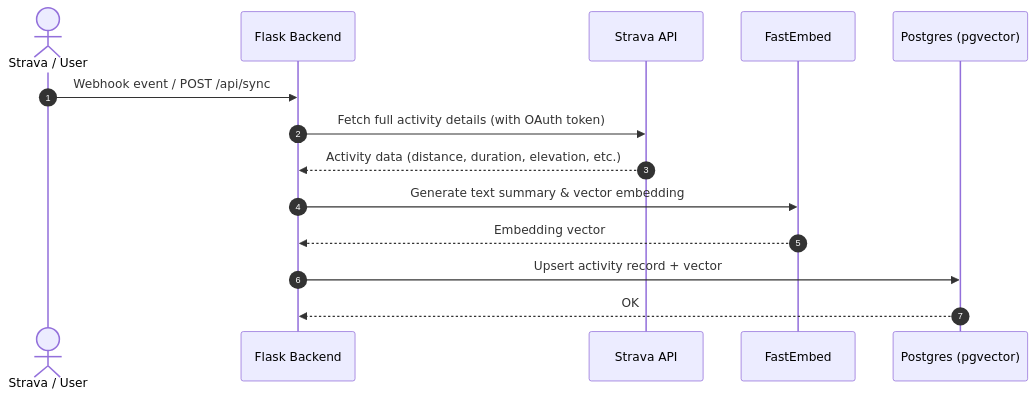
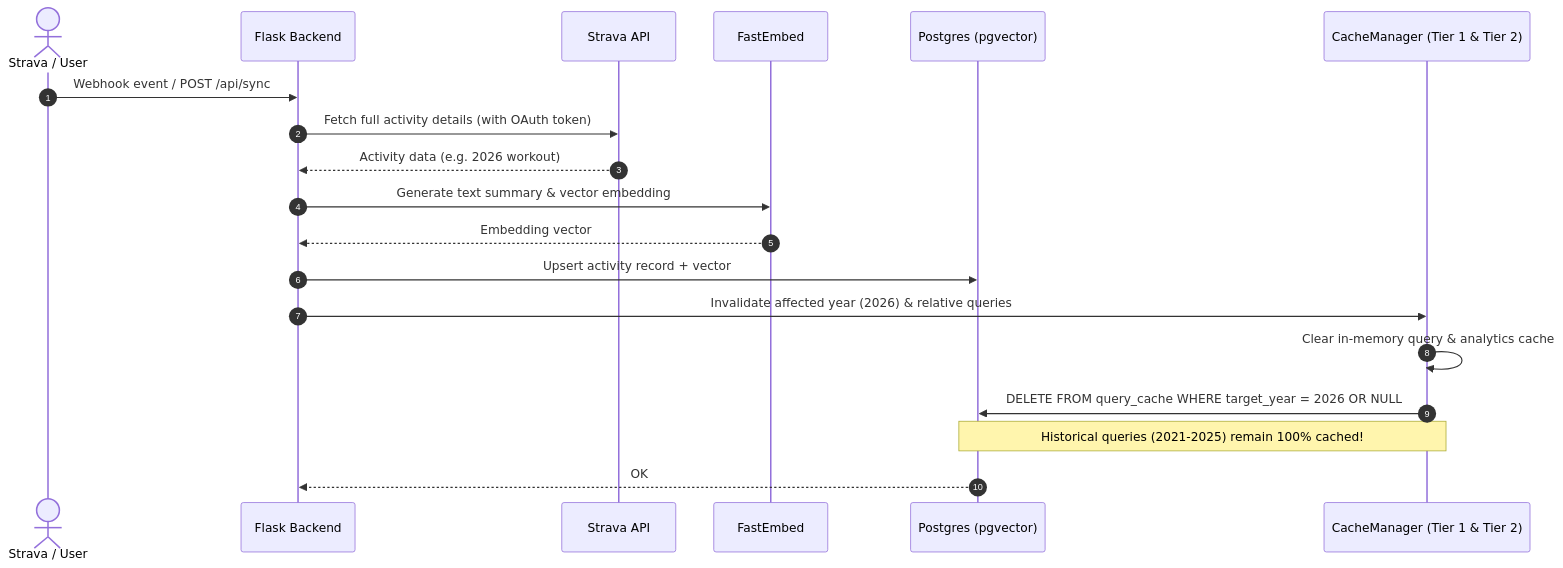
The third of 3 diagrams in readme.md (pugmarx/strava-insights-rag), drawn with Mermaid before and after one commit. The commit also changed other lines of this file and 1 other file, not shown here.

Commit message:
docs: add sequence diagrams for two-tier caching and smart invalidation

````diff
--- a/readme.md
+++ b/readme.md
@@ -73,17 +96,22 @@
 ```mermaid
 sequenceDiagram
     autonumber
     actor Strava as Strava / User
     participant API as Flask Backend
     participant StravaAPI as Strava API
     participant Embed as FastEmbed
     participant DB as Postgres (pgvector)
+    participant Cache as CacheManager (Tier 1 & Tier 2)
 
     Strava->>API: Webhook event / POST /api/sync
     API->>StravaAPI: Fetch full activity details (with OAuth token)
-    StravaAPI-->>API: Activity data (distance, duration, elevation, etc.)
+    StravaAPI-->>API: Activity data (e.g. 2026 workout)
     API->>Embed: Generate text summary & vector embedding
     Embed-->>API: Embedding vector
     API->>DB: Upsert activity record + vector
+    API->>Cache: Invalidate affected year (2026) & relative queries
+    Cache->>Cache: Clear in-memory query & analytics cache
+    Cache->>DB: DELETE FROM query_cache WHERE target_year = 2026 OR NULL
+    Note over Cache,DB: Historical queries (2021-2025) remain 100% cached!
     DB-->>API: OK
 ```
````
